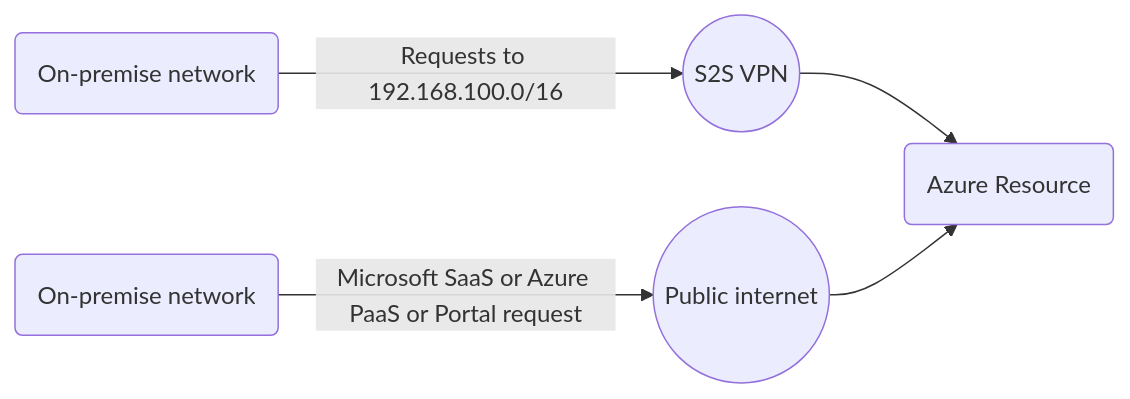
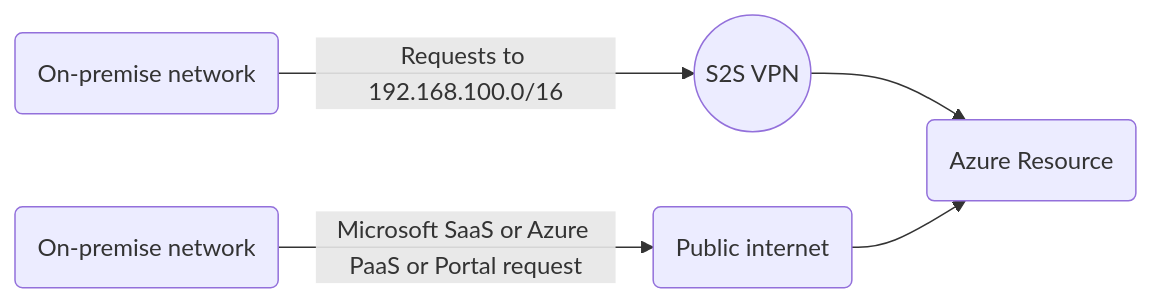
The first of 5 diagrams in Cloud - Azure/Azure Virtual Networks/ExpressRoute.md (bigtoga/Examples), drawn with Mermaid before and after one commit. The commit also changed other lines of this file, not shown here.

````diff
--- a/Cloud - Azure/Azure Virtual Networks/ExpressRoute.md
+++ b/Cloud - Azure/Azure Virtual Networks/ExpressRoute.md
@@ -75,7 +62,7 @@
 ```mermaid
 graph LR
     A(On-premise network) -- Requests to 192.168.100.0/16 --> B((S2S VPN))
     B --> C(Azure Resource)
-    D(On-premise network) -- Microsoft SaaS or Azure PaaS or Portal request --> E((Public internet))
+    D(On-premise network) -- Microsoft SaaS or Azure PaaS or Portal request --> E(Public internet)
     E --> C
 ```    
````
